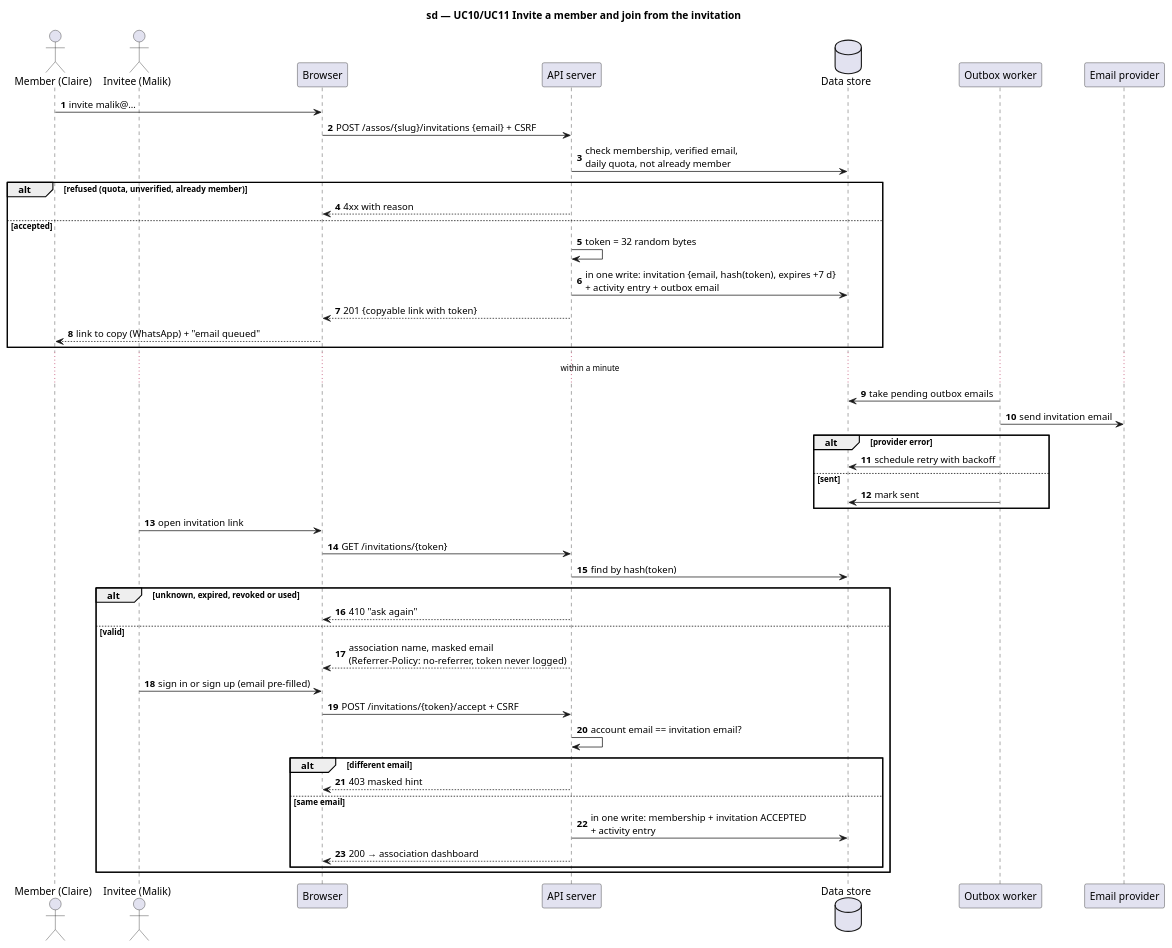
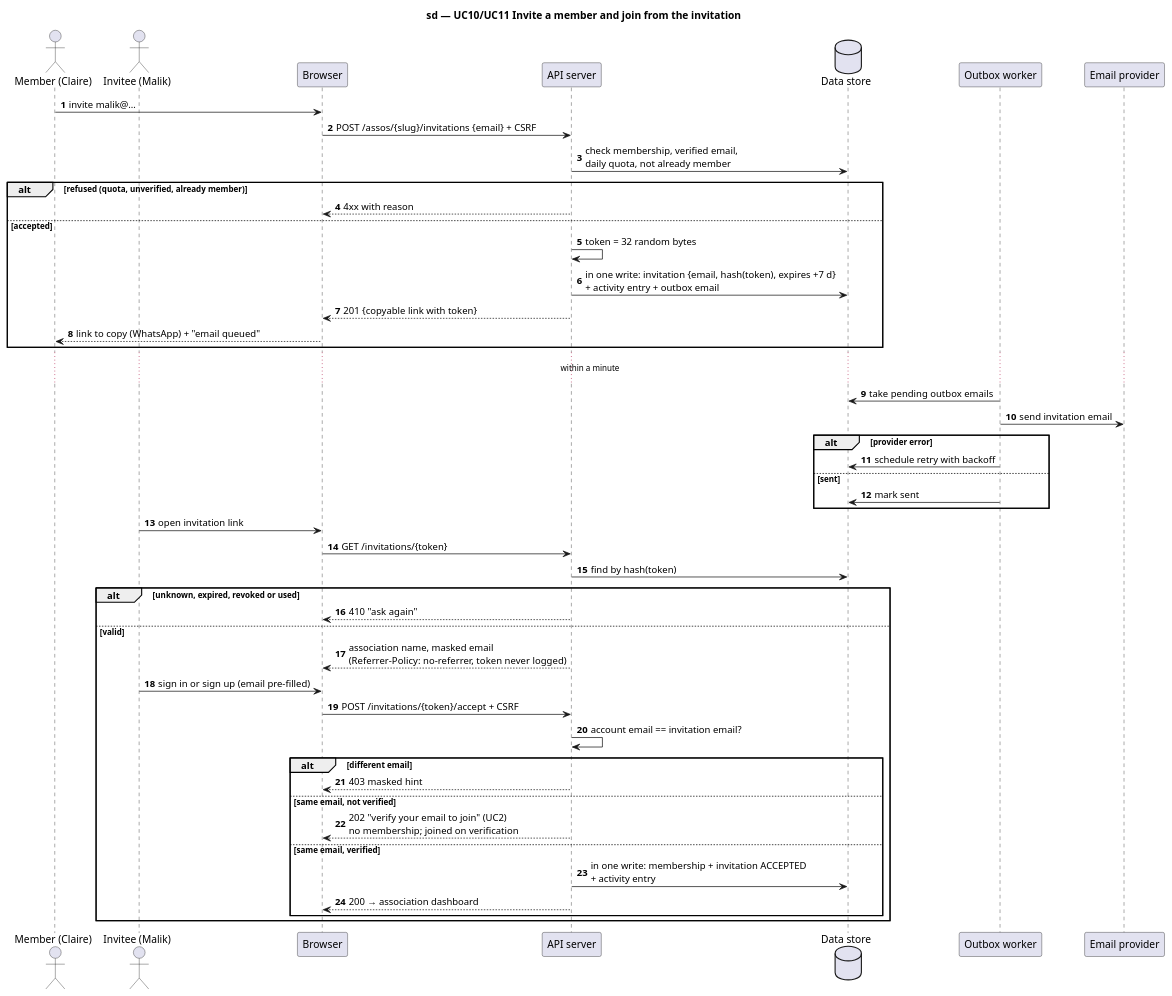
The diagram in docs/architecture/diagrams/v1-events/02b-sequence-invite-and-join.puml (benoit-bremaud/HappiHub), drawn with PlantUML before and after one commit. The commit also changed 5 other files, not shown here.

First line of the commit message:
docs(uml): require a verified email to join and widen moderator conflicts

```diff
--- a/docs/architecture/diagrams/v1-events/02b-sequence-invite-and-join.puml
+++ b/docs/architecture/diagrams/v1-events/02b-sequence-invite-and-join.puml
@@ -1,49 +1,51 @@
 @startuml
 title sd — UC10/UC11 Invite a member and join from the invitation
 skinparam shadowing false
 autonumber
 actor "Member (Claire)" as C
 actor "Invitee (Malik)" as K
 participant "Browser" as B
 participant "API server" as A
 database "Data store" as D
 participant "Outbox worker" as W
 participant "Email provider" as E
 
 C -> B : invite malik@…
 B -> A : POST /assos/{slug}/invitations {email} + CSRF
 A -> D : check membership, verified email,\ndaily quota, not already member
 alt refused (quota, unverified, already member)
   A --> B : 4xx with reason
 else accepted
   A -> A : token = 32 random bytes
   A -> D : in one write: invitation {email, hash(token), expires +7 d}\n+ activity entry + outbox email
   A --> B : 201 {copyable link with token}
   B --> C : link to copy (WhatsApp) + "email queued"
 end
 ...within a minute...
 W -> D : take pending outbox emails
 W -> E : send invitation email
 alt provider error
   W -> D : schedule retry with backoff
 else sent
   W -> D : mark sent
 end
 K -> B : open invitation link
 B -> A : GET /invitations/{token}
 A -> D : find by hash(token)
 alt unknown, expired, revoked or used
   A --> B : 410 "ask again"
 else valid
   A --> B : association name, masked email\n(Referrer-Policy: no-referrer, token never logged)
   K -> B : sign in or sign up (email pre-filled)
   B -> A : POST /invitations/{token}/accept + CSRF
   A -> A : account email == invitation email?
   alt different email
     A --> B : 403 masked hint
-  else same email
+  else same email, not verified
+    A --> B : 202 "verify your email to join" (UC2)\nno membership; joined on verification
+  else same email, verified
     A -> D : in one write: membership + invitation ACCEPTED\n+ activity entry
     A --> B : 200 → association dashboard
   end
 end
 @enduml
```
